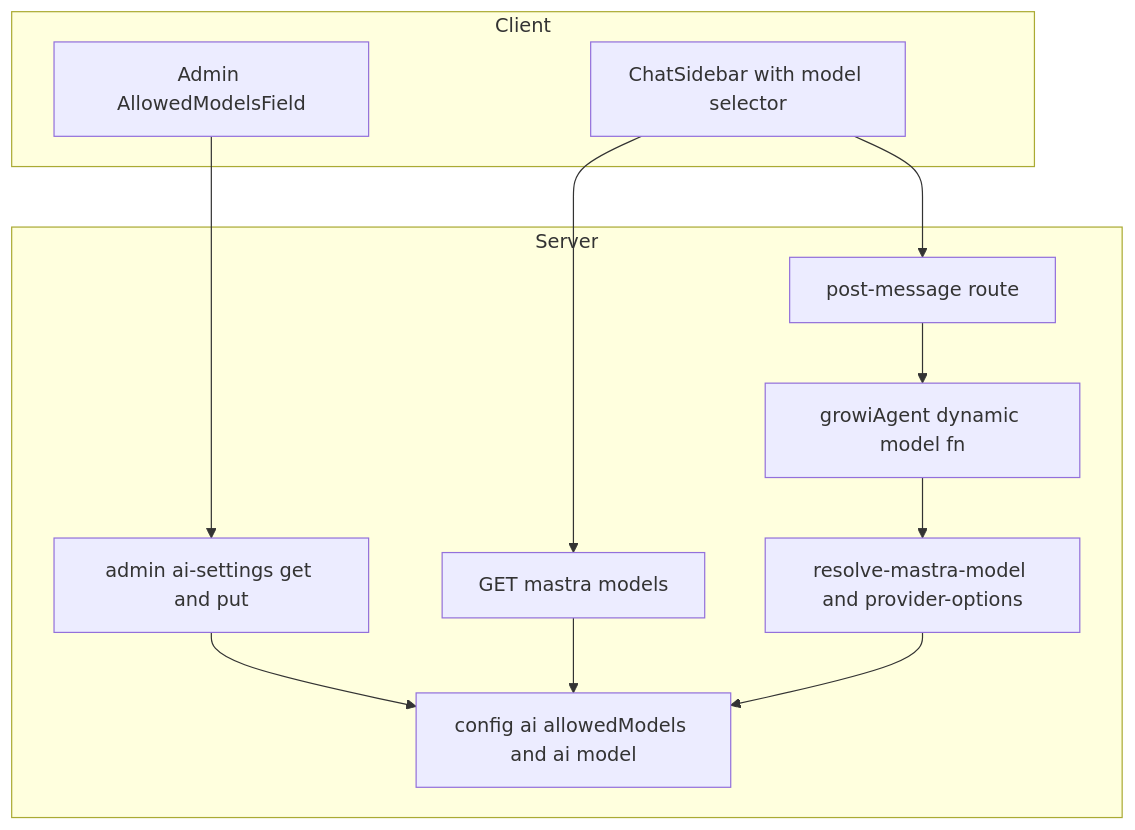
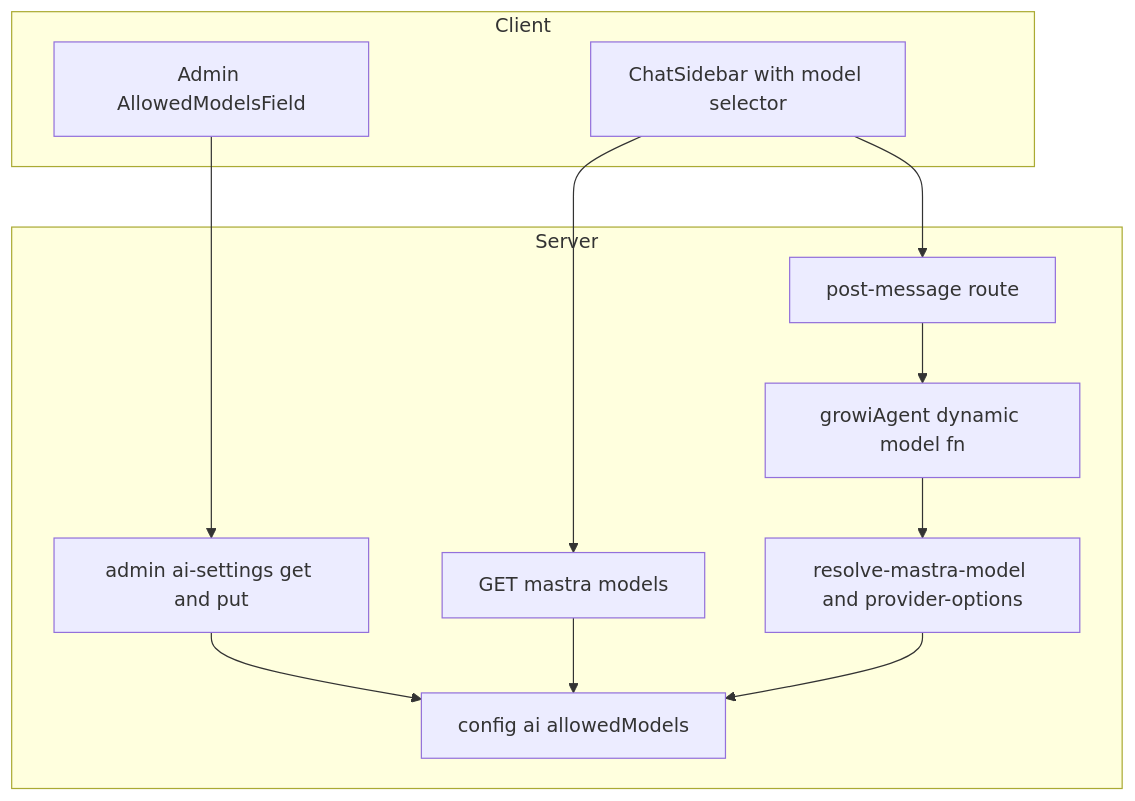
One commit to growilabs/growi changed the first of 4 diagrams in .kiro/specs/mastra-multi-model-chat/design.md. Above: the diagram before and after it, drawn with Mermaid. The commit also changed other lines of this file and 2 other files, not shown here.

First line of the commit message:
Update research documentation and spec for mastra-multi-model-chat

````diff
--- a/.kiro/specs/mastra-multi-model-chat/design.md
+++ b/.kiro/specs/mastra-multi-model-chat/design.md
@@ -67,18 +68,18 @@
 ```mermaid
 graph TB
   subgraph Client
     AdminUI[Admin AllowedModelsField]
     ChatUI[ChatSidebar with model selector]
   end
   subgraph Server
     AdminAPI[admin ai-settings get and put]
     ModelsAPI[GET mastra models]
     PostMessage[post-message route]
     Agent[growiAgent dynamic model fn]
     Resolve[resolve-mastra-model and provider-options]
-    Config[config ai allowedModels and ai model]
+    Config[config ai allowedModels]
   end
   AdminUI --> AdminAPI --> Config
   ChatUI --> ModelsAPI --> Config
   ChatUI --> PostMessage --> Agent --> Resolve --> Config
 ```
````
